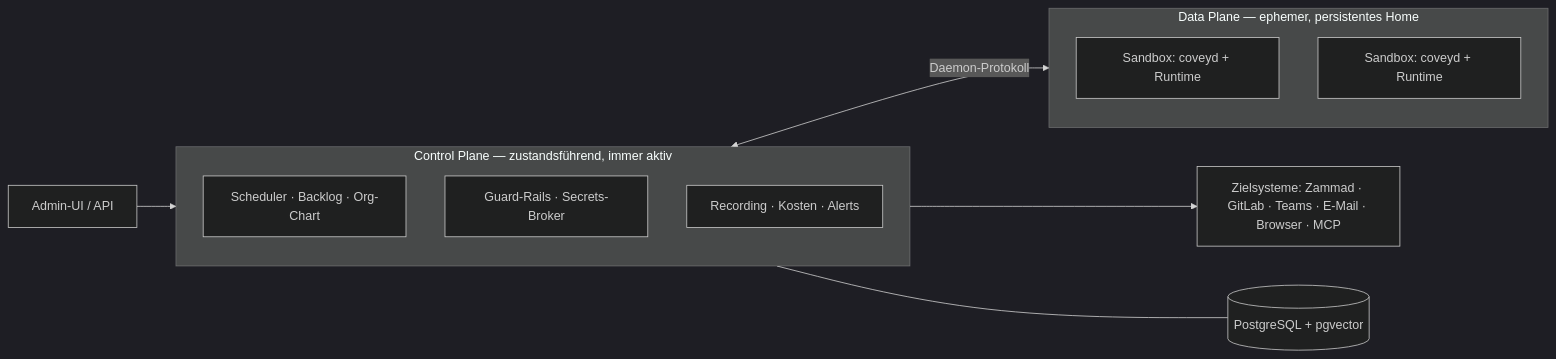
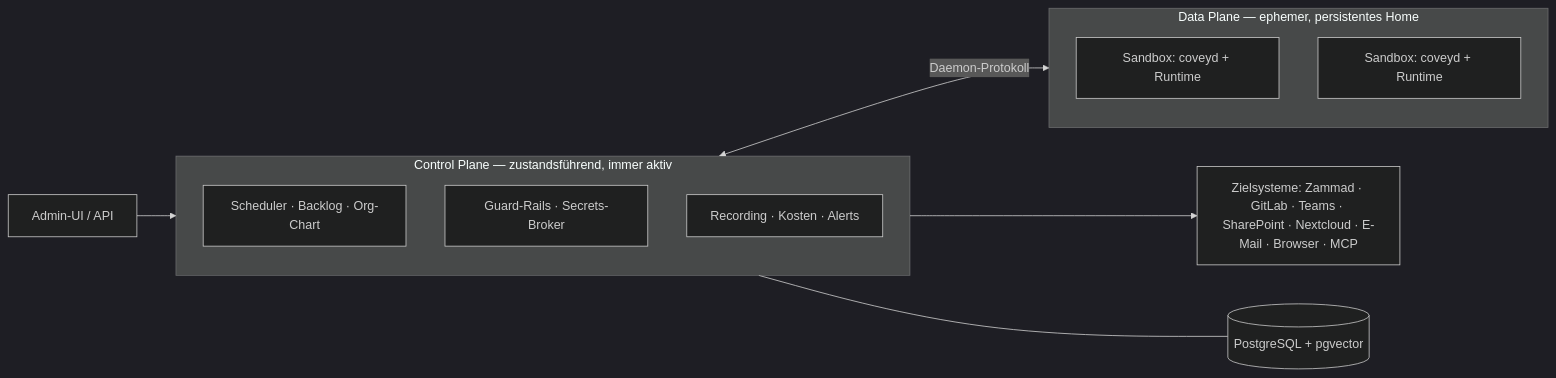
One commit to benjaminLedel/covey changed the diagram in README.md. Above: the diagram before and after it, drawn with Mermaid (dark theme). The commit also changed other lines of this file and 1 other file, not shown here.

Commit message:
docs(readme): Nextcloud in Zielsystem-Liste, Diagramm und Betriebs-Doku

````diff
--- a/README.md
+++ b/README.md
@@ -92,21 +92,21 @@
 ```mermaid
 flowchart LR
     UI["Admin-UI / API"] --> CP
 
     subgraph CP["Control Plane — zustandsführend, immer aktiv"]
         direction TB
         SCHED["Scheduler · Backlog · Org-Chart"]
         GUARD["Guard-Rails · Secrets-Broker"]
         OBS["Recording · Kosten · Alerts"]
     end
 
     subgraph DP["Data Plane — ephemer, persistentes Home"]
         direction TB
         S1["Sandbox: coveyd + Runtime"]
         S2["Sandbox: coveyd + Runtime"]
     end
 
     CP <-->|Daemon-Protokoll| DP
-    CP --> TS["Zielsysteme: Zammad · GitLab · Teams · E-Mail · Browser · MCP"]
+    CP --> TS["Zielsysteme: Zammad · GitLab · Teams · SharePoint · Nextcloud · E-Mail · Browser · MCP"]
     CP --- DB[("PostgreSQL + pgvector")]
 ```
````
